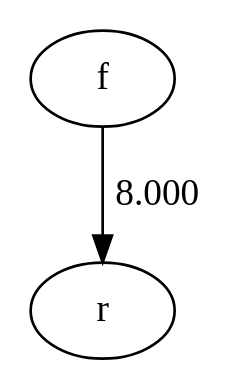
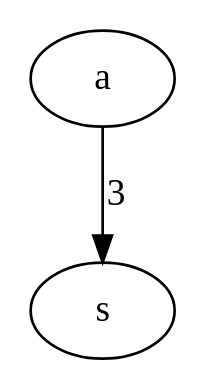
One commit to Kolosovamp/leti_piaa_8303 changed the diagram in Kolosova_Marina_lr2/Source/graphFile.dot. Above: the diagram before and after it, drawn with Graphviz. The commit also changed 1 other file, not shown here.

```diff
--- a/Kolosova_Marina_lr2/Source/graphFile.dot
+++ b/Kolosova_Marina_lr2/Source/graphFile.dot
@@ -1,3 +1,3 @@
 digraph MyGraph {
-    f -> r [label=8.000];
+    a -> s [label=3];
 }
```
